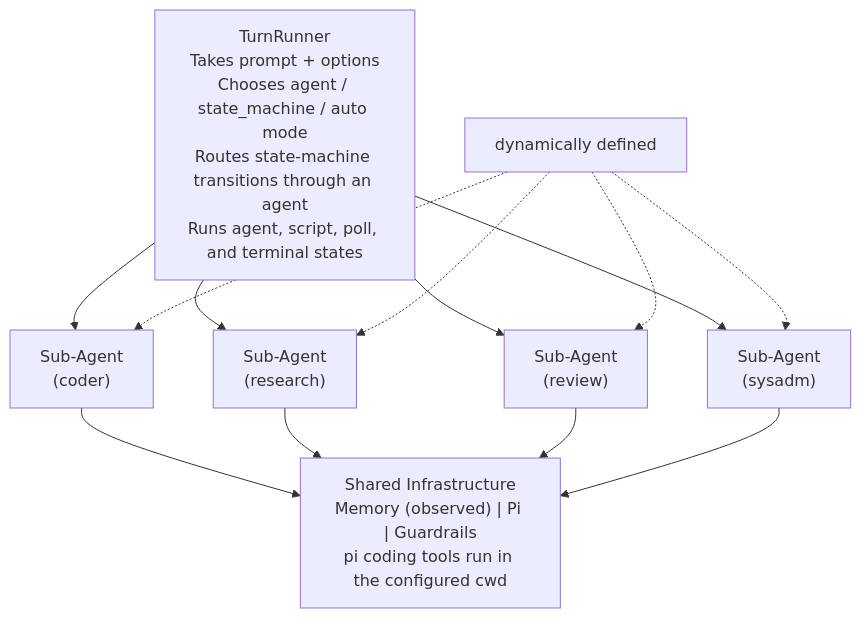
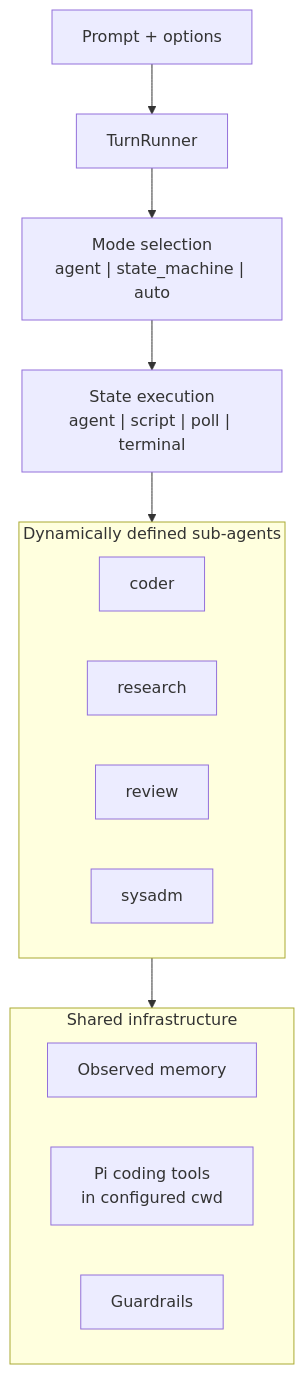
One commit to dzhng/duet-agent changed the diagram in README.md. Above: the diagram before and after it, drawn with Mermaid.

Commit message:
Simplify README architecture diagram

````diff
--- a/README.md
+++ b/README.md
@@ -15,27 +15,25 @@
 ```mermaid
 flowchart TD
-  TurnRunner["TurnRunner<br/>Takes prompt + options<br/>Chooses agent / state_machine / auto mode<br/>Routes state-machine transitions through an agent<br/>Runs agent, script, poll, and terminal states"]
+  Runner["TurnRunner"]
+  Input["Prompt + options"]
+  Mode["Mode selection<br/>agent | state_machine | auto"]
+  States["State execution<br/>agent | script | poll | terminal"]
 
-  Coder["Sub-Agent<br/>(coder)"]
-  Research["Sub-Agent<br/>(research)"]
-  Review["Sub-Agent<br/>(review)"]
-  Sysadm["Sub-Agent<br/>(sysadm)"]
+  subgraph Agents["Dynamically defined sub-agents"]
+    direction LR
+    Coder["coder"]
+    Research["research"]
+    Review["review"]
+    Sysadm["sysadm"]
+  end
 
-  Shared["Shared Infrastructure<br/>Memory (observed) | Pi | Guardrails<br/>pi coding tools run in the configured cwd"]
+  subgraph Infrastructure["Shared infrastructure"]
+    direction LR
+    Memory["Observed memory"]
+    Pi["Pi coding tools<br/>in configured cwd"]
+    Guardrails["Guardrails"]
+  end
 
-  TurnRunner --> Coder
-  TurnRunner --> Research
-  TurnRunner --> Review
-  TurnRunner --> Sysadm
-
-  Coder --> Shared
-  Research --> Shared
-  Review --> Shared
-  Sysadm --> Shared
-
-  Dynamic["dynamically defined"]
-  Dynamic -.-> Coder
-  Dynamic -.-> Research
-  Dynamic -.-> Review
-  Dynamic -.-> Sysadm
+  Input --> Runner --> Mode --> States --> Agents
+  Agents --> Infrastructure
 ```
````
